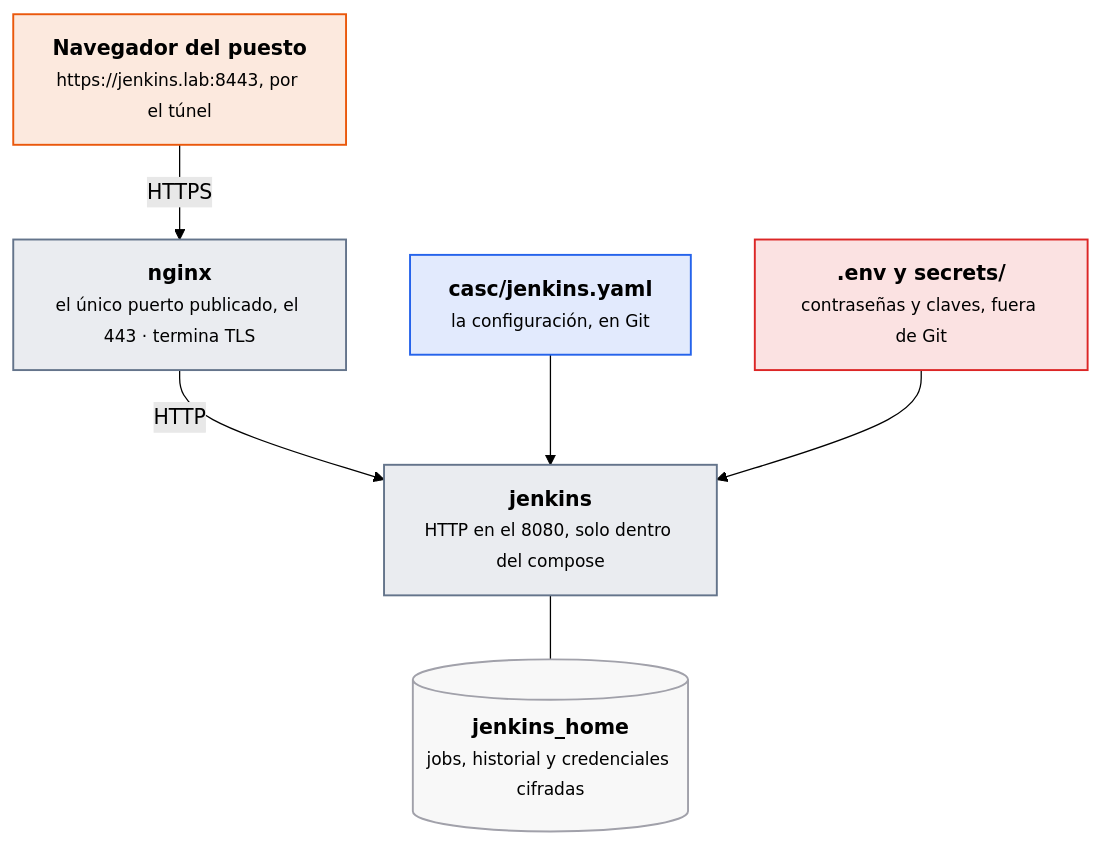
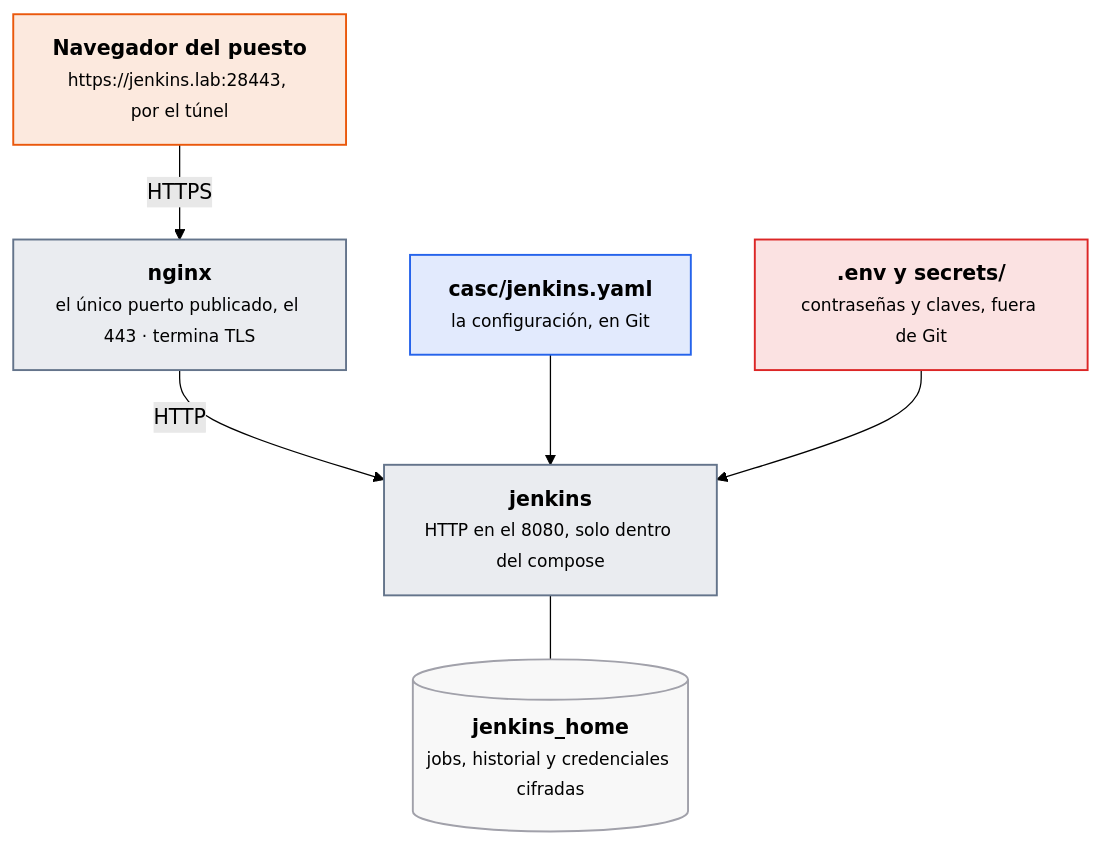
The third of 8 diagrams in docs/ut/ut6-ci.md (victor-educ/apuntes-5166), drawn with Mermaid (forest theme) before and after one commit. The commit also changed other lines of this file and 12 other files, not shown here.

````diff
--- a/docs/ut/ut6-ci.md
+++ b/docs/ut/ut6-ci.md
@@ -185,19 +183,19 @@
 ```mermaid
 flowchart TB
-    NAV["<b>Navegador del puesto</b><br><small>https://jenkins.lab:8443, por el túnel</small>"]:::act
+    NAV["<b>Navegador del puesto</b><br><small>https://jenkins.lab:28443, por el túnel</small>"]:::act
     NG["<b>nginx</b><br><small>el único puerto publicado, el 443 · termina TLS</small>"]:::pieza
     JK["<b>jenkins</b><br><small>HTTP en el 8080, solo dentro del compose</small>"]:::pieza
     CASC["<b>casc/jenkins.yaml</b><br><small>la configuración, en Git</small>"]:::dato
     SEC["<b>.env y secrets/</b><br><small>contraseñas y claves, fuera de Git</small>"]:::riesgo
     HOME[("<b>jenkins_home</b><br><small>jobs, historial y credenciales cifradas</small>")]:::infra
     NAV -->|HTTPS| NG -->|HTTP| JK
     CASC --> JK
     SEC --> JK
     JK --- HOME
     classDef act fill:#ea580c22,stroke:#ea580c,stroke-width:1.5px
     classDef pieza fill:#64748b22,stroke:#64748b,stroke-width:1.5px
     classDef dato fill:#2563eb22,stroke:#2563eb,stroke-width:1.5px
     classDef infra fill:#a1a1aa14,stroke:#a1a1aa,stroke-width:1.5px
     classDef ok fill:#16a34a22,stroke:#16a34a,stroke-width:1.5px
     classDef riesgo fill:#dc262622,stroke:#dc2626,stroke-width:1.5px
 ```
````
